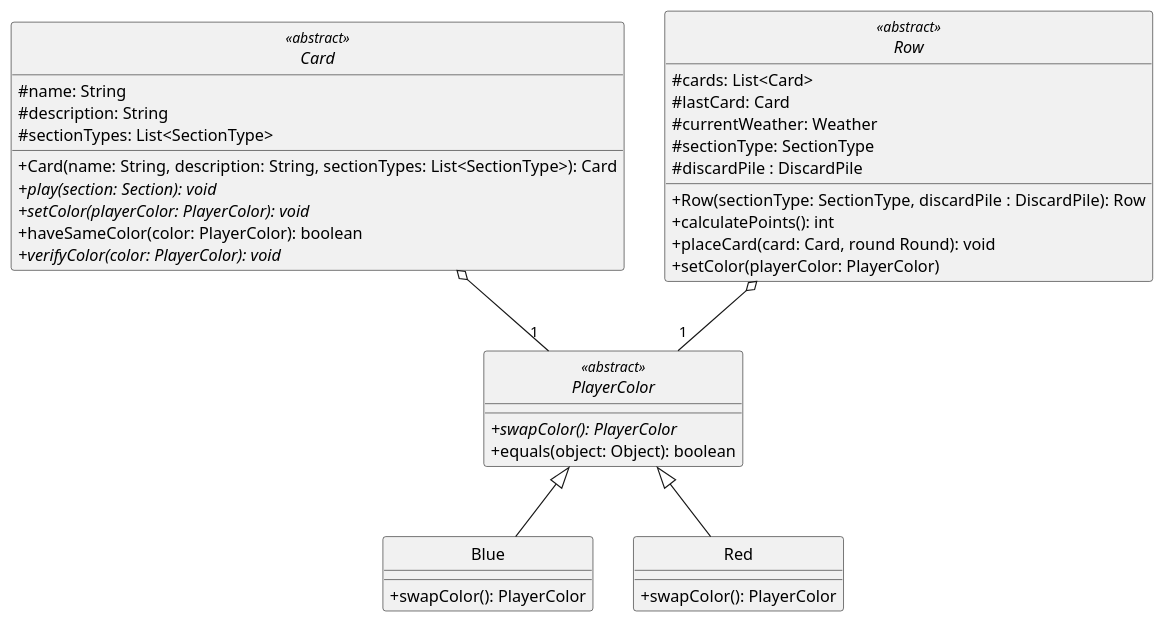
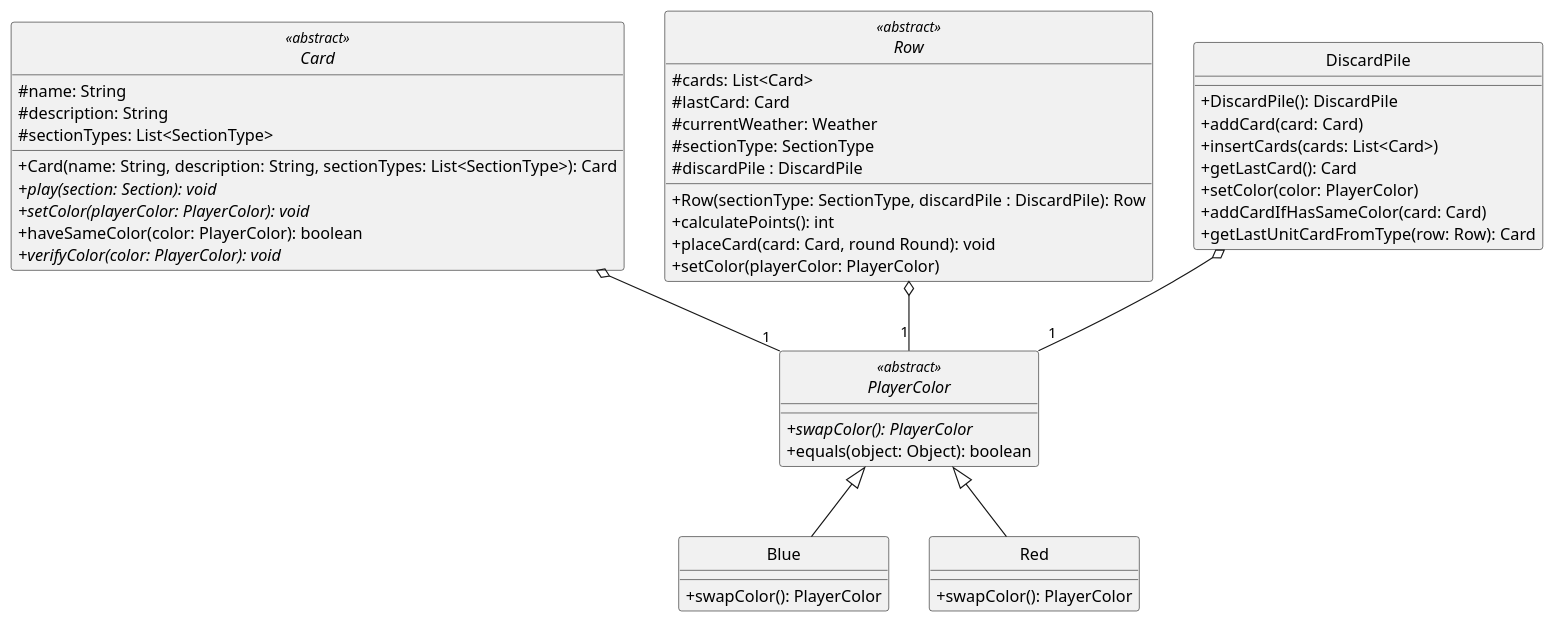
Before and after one commit to Yonhir/algo3_proyecto_base_tp2: the diagram in diagrams/classes/colors.plantuml, drawn with PlantUML. The commit also changed 1 other file, not shown here.

Commit message:
agrego discardPile

```diff
--- a/diagrams/classes/colors.plantuml
+++ b/diagrams/classes/colors.plantuml
@@ -1,49 +1,60 @@
 @startuml
 
 skinparam monochrome true
 hide circle
 skinparam classAttributeIconSize 0
 
 abstract class Card <<abstract>> {
   #name: String
   #description: String
   #sectionTypes: List<SectionType>
   +Card(name: String, description: String, sectionTypes: List<SectionType>): Card
   +{abstract}play(section: Section): void
   +{abstract}setColor(playerColor: PlayerColor): void
   +haveSameColor(color: PlayerColor): boolean
   +{abstract}verifyColor(color: PlayerColor): void
 }
 
 abstract class Row <<abstract>> {
   #cards: List<Card>
   #lastCard: Card
   #currentWeather: Weather
   #sectionType: SectionType
   #discardPile : DiscardPile
   +Row(sectionType: SectionType, discardPile : DiscardPile): Row
   +calculatePoints(): int
   +placeCard(card: Card, round Round): void
   +setColor(playerColor: PlayerColor)
 }
 
+class DiscardPile {
+  +DiscardPile(): DiscardPile
+  +addCard(card: Card)
+  +insertCards(cards: List<Card>)
+  +getLastCard(): Card
+  +setColor(color: PlayerColor)
+  +addCardIfHasSameColor(card: Card)
+  +getLastUnitCardFromType(row: Row): Card
+}
+
 abstract class PlayerColor <<abstract>> {
   +{abstract}swapColor(): PlayerColor
   +equals(object: Object): boolean
 }
 
 class Blue {
   +swapColor(): PlayerColor
 }
 
 class Red {
   +swapColor(): PlayerColor
 }
 
 Card o-- "1" PlayerColor
 Row  o-- "1" PlayerColor
+DiscardPile o-- "1" PlayerColor
 
 PlayerColor <|-- Blue
 PlayerColor <|-- Red
 
 @enduml
```
